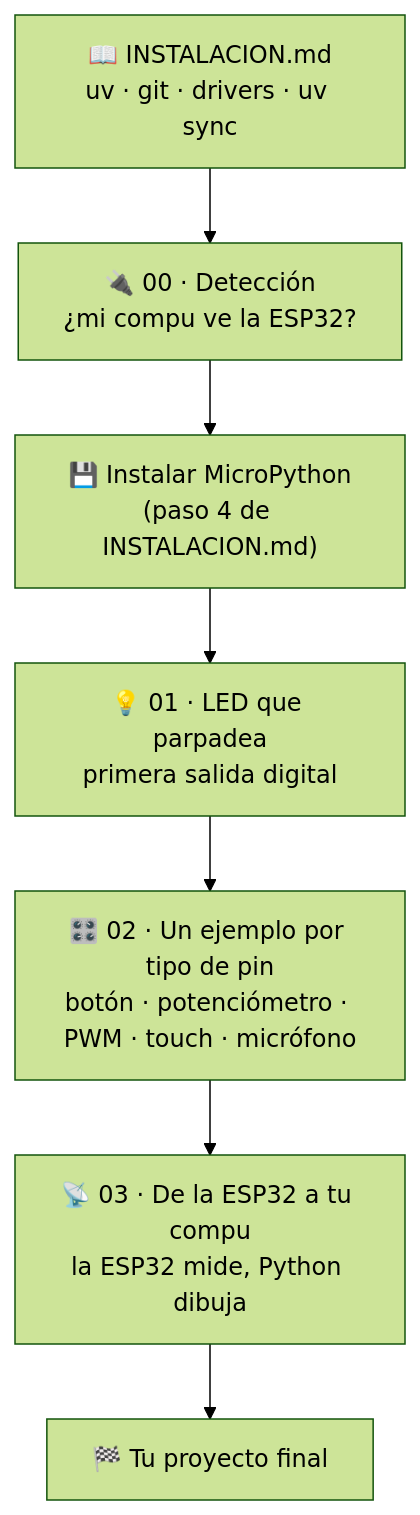
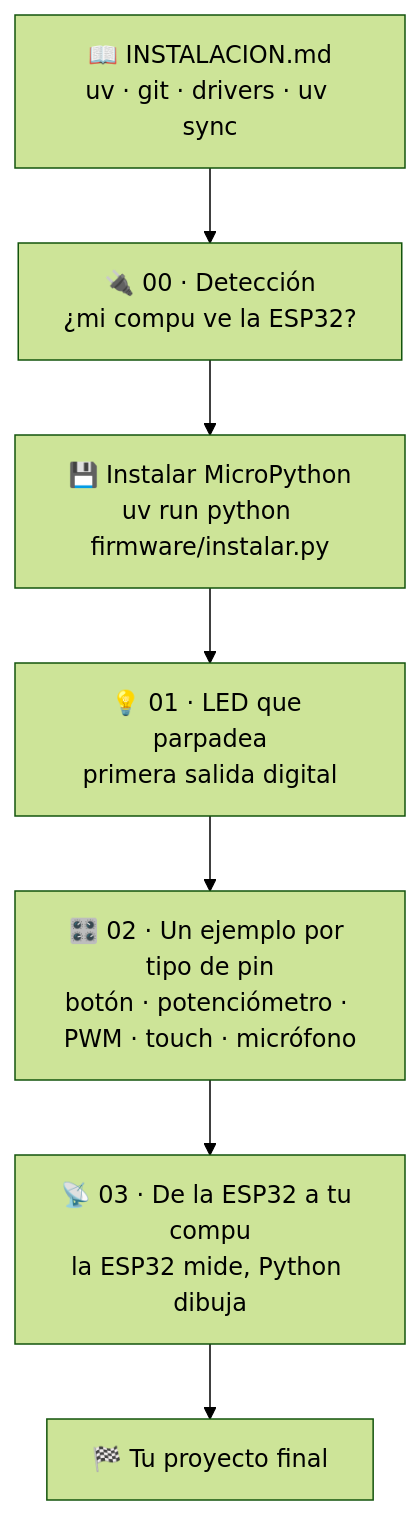
One commit to strahlenguy/ESP32 changed the second of 2 diagrams in README.md. Above: the diagram before and after it, drawn with Mermaid (forest theme). The commit also changed other lines of this file and 5 other files, not shown here.

First line of the commit message:
Guía solo para Windows e instalador de MicroPython en un comando

````diff
--- a/README.md
+++ b/README.md
@@ -30,10 +30,10 @@
 ```mermaid
 flowchart TD
     A["📖 INSTALACION.md<br/>uv · git · drivers · uv sync"] --> B
     B["🔌 00 · Detección<br/>¿mi compu ve la ESP32?"] --> F
-    F["💾 Instalar MicroPython<br/>(paso 4 de INSTALACION.md)"] --> C
+    F["💾 Instalar MicroPython<br/>uv run python firmware/instalar.py"] --> C
     C["💡 01 · LED que parpadea<br/>primera salida digital"] --> D
     D["🎛️ 02 · Un ejemplo por tipo de pin<br/>botón · potenciómetro · PWM · touch · micrófono"] --> E
     E["📡 03 · De la ESP32 a tu compu<br/>la ESP32 mide, Python dibuja"] --> G
     G["🏁 Tu proyecto final"]
 ```
````
